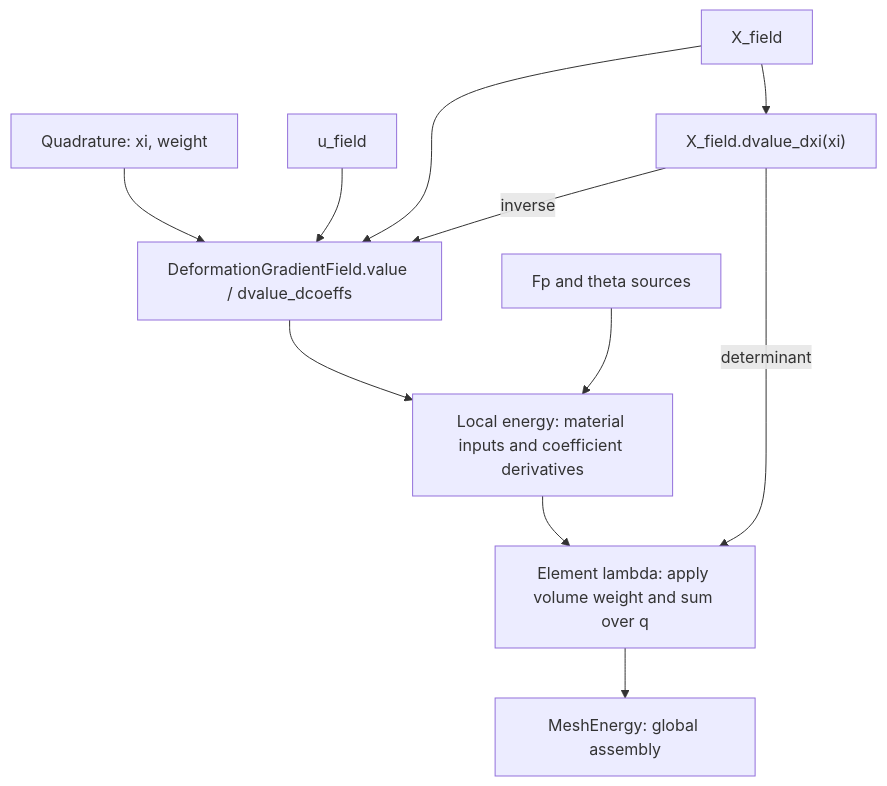
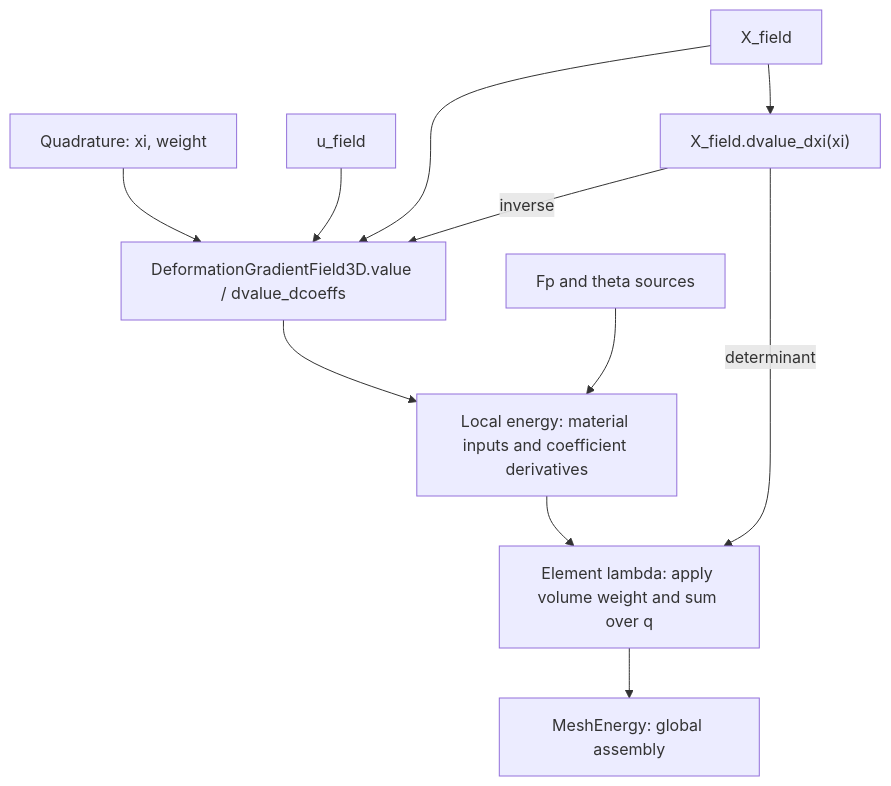
Before and after one commit to annajcy/litepgo: the diagram in example/fem/README.md, drawn with Mermaid. The commit also changed other lines of this file and 42 other files, not shown here.

````diff
--- a/example/fem/README.md
+++ b/example/fem/README.md
@@ -5,13 +5,13 @@
 ```mermaid
 flowchart TD
-    Q["Quadrature: xi, weight"] --> D["DeformationGradientField.value / dvalue_dcoeffs"]
+    Q["Quadrature: xi, weight"] --> D["DeformationGradientField3D.value / dvalue_dcoeffs"]
     U["u_field"] --> D
     X["X_field"] --> D
     D --> L["Local energy: material inputs and coefficient derivatives"]
     X --> M["X_field.dvalue_dxi(xi)"]
     M -->|inverse| D
     M -->|determinant| I
     P["Fp and theta sources"] --> L
     L --> I["Element lambda: apply volume weight and sum over q"]
     I --> A["MeshEnergy: global assembly"]
 ```
````
